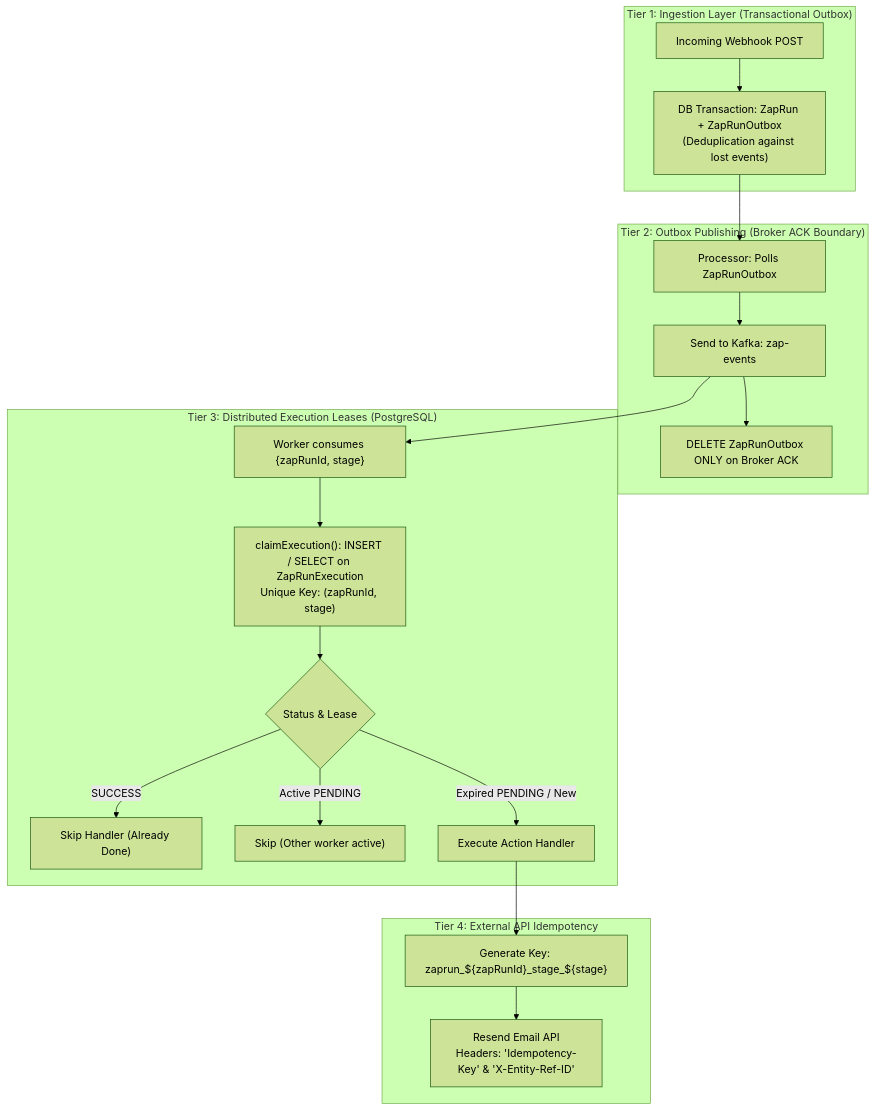
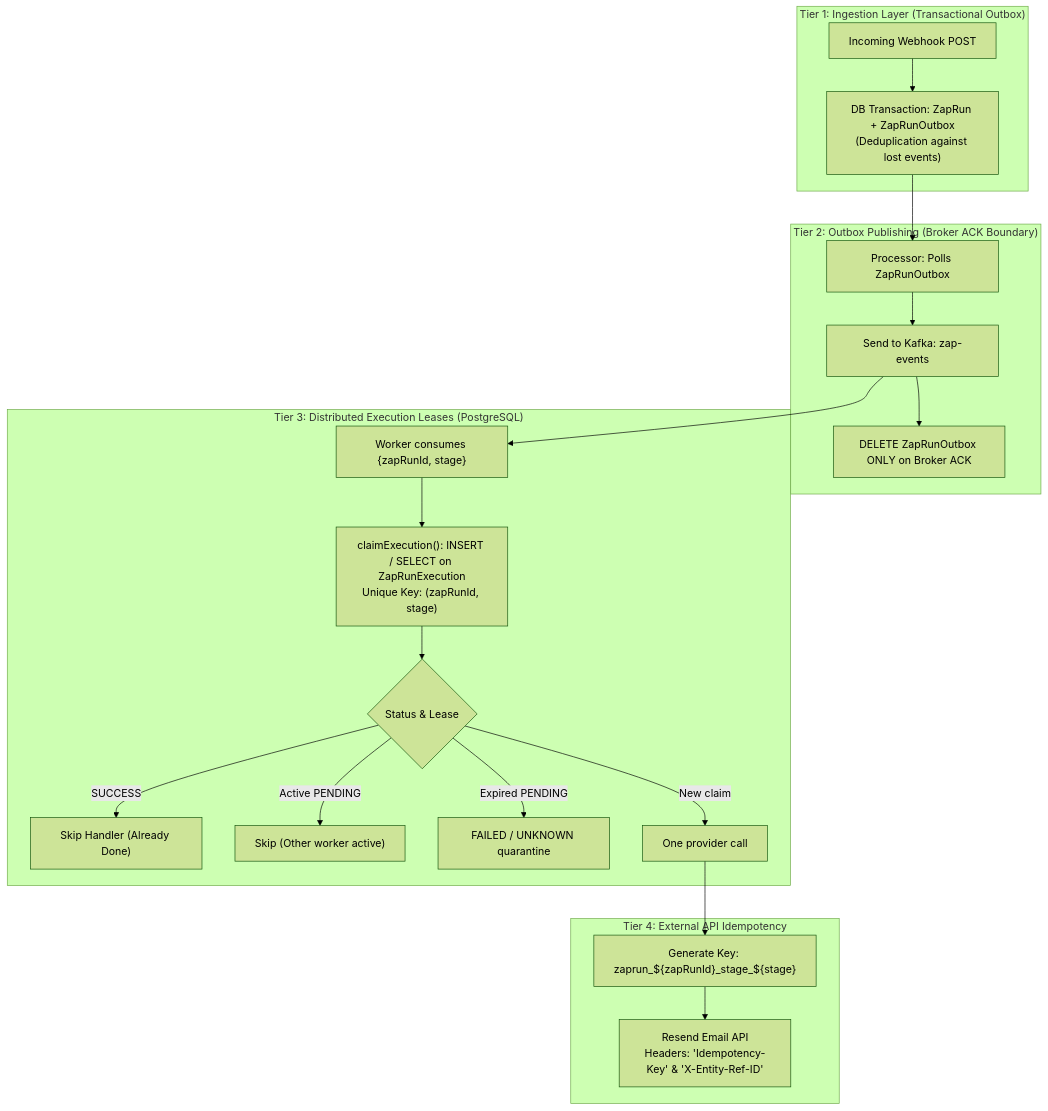
The diagram in docs/idempotency.md (Thisshonrobert/zapier), drawn with Mermaid (forest theme) before and after one commit. The commit also changed other lines of this file and 43 other files, not shown here.

````diff
--- a/docs/idempotency.md
+++ b/docs/idempotency.md
@@ -11,26 +11,27 @@
 ```mermaid
 flowchart TD
     subgraph Tier1["Tier 1: Ingestion Layer (Transactional Outbox)"]
         WebhookReq["Incoming Webhook POST"] --> OutboxTx["DB Transaction: ZapRun + ZapRunOutbox<br/>(Deduplication against lost events)"]
     end
 
     subgraph Tier2["Tier 2: Outbox Publishing (Broker ACK Boundary)"]
         OutboxTx --> PollOutbox["Processor: Polls ZapRunOutbox"]
         PollOutbox --> SendKafka["Send to Kafka: zap-events"]
         SendKafka --> DeleteOutbox["DELETE ZapRunOutbox ONLY on Broker ACK"]
     end
 
     subgraph Tier3["Tier 3: Distributed Execution Leases (PostgreSQL)"]
         SendKafka --> Consume["Worker consumes {zapRunId, stage}"]
         Consume --> ClaimLease["claimExecution(): INSERT / SELECT on ZapRunExecution<br/>Unique Key: (zapRunId, stage)"]
         ClaimLease --> CheckStatus{Status & Lease}
         CheckStatus -- "SUCCESS" --> SkipExec["Skip Handler (Already Done)"]
         CheckStatus -- "Active PENDING" --> SkipRace["Skip (Other worker active)"]
-        CheckStatus -- "Expired PENDING / New" --> ExecAction["Execute Action Handler"]
+        CheckStatus -- "Expired PENDING" --> Quarantine["FAILED / UNKNOWN quarantine"]
+        CheckStatus -- "New claim" --> ExecAction["One provider call"]
     end
 
     subgraph Tier4["Tier 4: External API Idempotency"]
         ExecAction --> GenKey["Generate Key: zaprun_${zapRunId}_stage_${stage}"]
         GenKey --> ResendCall["Resend Email API<br/>Headers: 'Idempotency-Key' & 'X-Entity-Ref-ID'"]
     end
 ```
````
